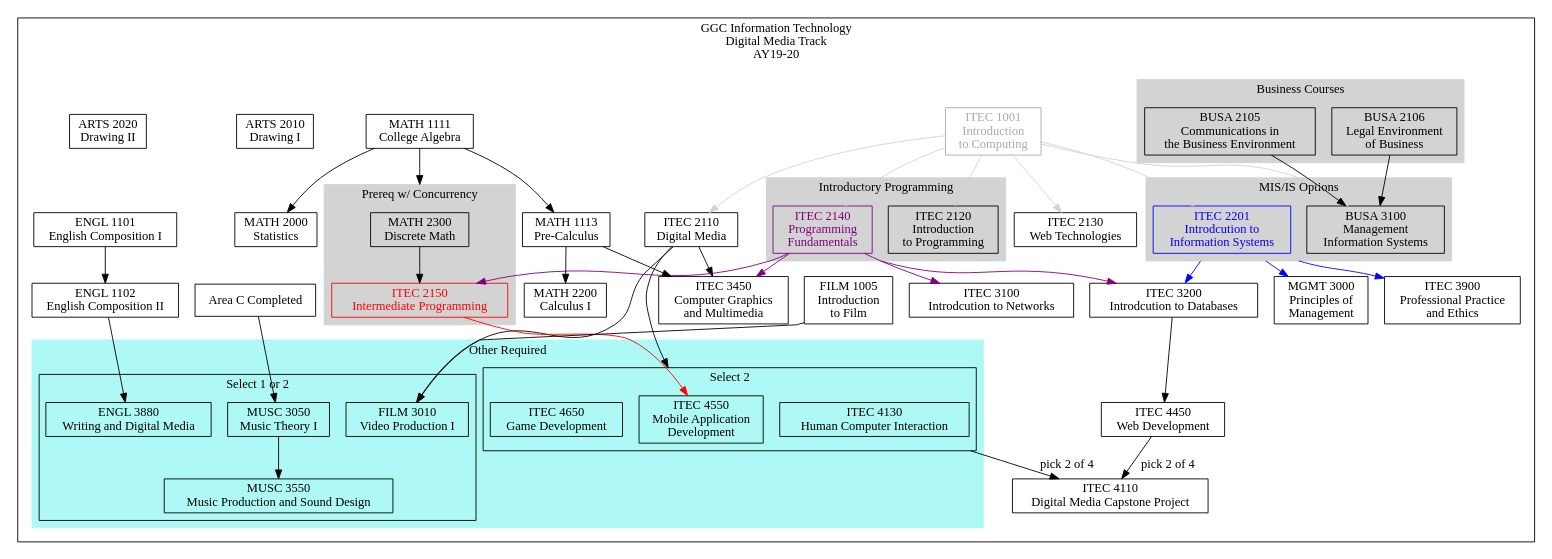
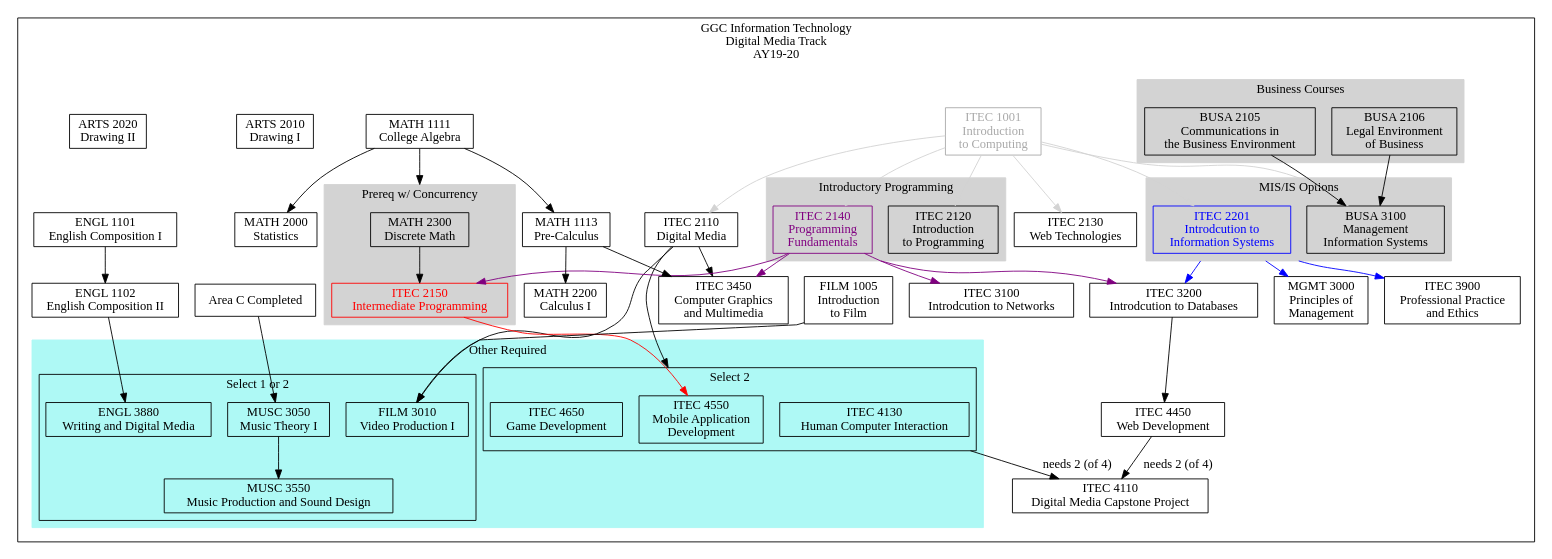
The diagram in AY19-20/DigitalMedia.dot (rjlutz/itec-plans), drawn with Graphviz before and after one commit.

Commit message:
reword pre-req conditions for ITEC 4110

```diff
--- a/AY19-20/DigitalMedia.dot
+++ b/AY19-20/DigitalMedia.dot
@@ -1,153 +1,153 @@
 digraph G {
 
     node [shape = record, fontname="Sans serif" fontsize="14"];
     compound = true //  needed to link clusters and nodes
     splines = true
     ranksep=0.1
 
     // All
     itec1001[label = "ITEC 1001\nIntroduction \nto Computing" color=darkgray fontcolor=darkgray]
     itec2110[label = "ITEC 2110\nDigital Media"]
     itec2120[label = "ITEC 2120\nIntroduction\nto Programming"]
     itec2130[label = "ITEC 2130\nWeb Technologies"]
     itec2140[label = "ITEC 2140\nProgramming \nFundamentals" color=purple fontcolor=purple]
     itec2150[label = "ITEC 2150\nIntermediate Programming" color=red fontcolor=red]
     itec2201[label = "ITEC 2201\nIntrodcution to\nInformation Systems" color=blue fontcolor=blue]
     itec3100[label = "ITEC 3100\nIntrodcution to Networks"]
     itec3200[label = "ITEC 3200\nIntrodcution to Databases"]
     itec3900[label = "ITEC 3900\nProfessional Practice\nand Ethics"]
     busa2105[label = "BUSA 2105\nCommunications in\nthe Business Environment"]
     busa2106[label = "BUSA 2106\nLegal Environment\nof Business"]
     busa3100[label = "BUSA 3100\nManagement \nInformation Systems"]
     math1111[label = "MATH 1111\nCollege Algebra"]
     math1113[label = "MATH 1113\nPre-Calculus"]
     math2300[label = "MATH 2300\nDiscrete Math"]
     math2000[label = "MATH 2000\nStatistics"]
     math2200[label = "MATH 2200\nCalculus I"]
     mgmt3000[label = "MGMT 3000\nPrinciples of\nManagement"]
 
     // Digital Media
     itec3450[label = "ITEC 3450\nComputer Graphics\nand Multimedia"]
     itec4110[label = "ITEC 4110\nDigital Media Capstone Project"]
     itec4130[label = "ITEC 4130\nHuman Computer Interaction"]
     itec4450[label = "ITEC 4450\nWeb Development"]
     itec4550[label = "ITEC 4550\nMobile Application\nDevelopment"]
     itec4650[label = "ITEC 4650\nGame Development"]
     areaC[label = "Area C Completed"]
     arts2010[label = "ARTS 2010\nDrawing I"]
     arts2020[label = "ARTS 2020\nDrawing II"]
     engl1101[label = "ENGL 1101\nEnglish Composition I"]
     engl1102[label = "ENGL 1102\nEnglish Composition II"]
     engl3880[label = "ENGL 3880\nWriting and Digital Media"]
     film1005[label = "FILM 1005\nIntroduction\nto Film"] 
     film3010[label = "FILM 3010\nVideo Production I"]
     musc3050[label = "MUSC 3050\nMusic Theory I"]
     musc3550[label = "MUSC 3550\nMusic Production and Sound Design"]
     
 
     subgraph clusterdm {
         label="GGC Information Technology\nDigital Media Track\nAY19-20"
 
         subgraph clusterrequired {
             label=""
             node [style=filled];
             style=filled;
 
             color="#FFFFFF";
             
             engl1101 -> engl1102 -> engl3880
             film1005 -> film3010
             itec2110 -> film3010
             areaC -> musc3050
 
             itec1001 -> itec2110 [color=lightgray]
             itec1001 -> itec2120 [color=lightgray]
             itec1001 -> itec2130 [color=lightgray]
             itec1001 -> itec2201 [color=lightgray]
             itec1001 -> busa3100 [color=lightgray]
 
             busa2106 -> busa3100
             busa2105 -> busa3100
             itec1001 -> itec2140 [color=lightgray]
             itec2140 -> itec2150 [color=purple]
 
             itec2140 -> itec3100 [color=purple]
             itec2201 -> itec3200 [color=blue ltail=cluster22013100];
             itec2140 -> itec3200 [ltail=cluster21202140 color=purple]
 
             itec2140 -> itec3450 [color=purple]
 
             itec2201 -> itec3900 [ltail=cluster22013100 color=blue]
             itec2201 -> mgmt3000 [ltail=cluster22013100 color=blue]
 
             math1113 -> math2200
             math1111 -> math1113
             math1111 -> math2000
             math1111 -> math2300 [lhead=clusterdiscrete]
             itec3200 -> itec4450
 
             math1113 -> itec3450
             itec2110 -> itec3450
             itec2110 -> itec4550 [lhead=clusteritecopt1]
             itec2150 -> itec4550 [color=red]
             
-            itec4450 -> itec4110 [label="pick 2 of 4"]
-            itec4130 -> itec4110 [ltail=clusteritecopt1 label="pick 2 of 4"]
+            itec4450 -> itec4110 [label="needs 2 (of 4)"]
+            itec4130 -> itec4110 [ltail=clusteritecopt1 label="needs 2 (of 4)"]
 
             arts2020
             arts2010
 
             subgraph cluster21202140 {
                 label = "Introductory Programming";
                 color=lightgrey;
                 itec2120
                 itec2140
             }
             subgraph cluster22013100 {
                 label = "MIS/IS Options";
                 color=lightgrey;
                 itec2201
                 busa3100
             }
             subgraph cluster21052106 {
                 label = "Business Courses"
                 color=lightgrey;
                 busa2105
                 busa2106
             }
             
             subgraph clusterdiscrete {
                 label = "Prereq w/ Concurrency";
                 node [style=filled];
                 style=filled;
                 color=lightgrey;
                 math2300 -> itec2150
             }
 
             subgraph clusterotherrequired {
                 label = "Other Required"
                 node [style=filled];
                 style=filled;
                 color="#AEF9F5"
 
                 subgraph clusteritecopt1 {
                     label = "Select 2";
                     graph[style=solid]
                         color=black
                     itec4130
                     itec4550
                     itec4650
                 }
 
                 subgraph clusteritecopt2 {
                     label = "Select 1 or 2";
                     graph[style=solid]
                     color=black
                     engl3880
                     film3010
                     musc3050 -> musc3550
                 }                
             }
         }    
     }
 }
```
